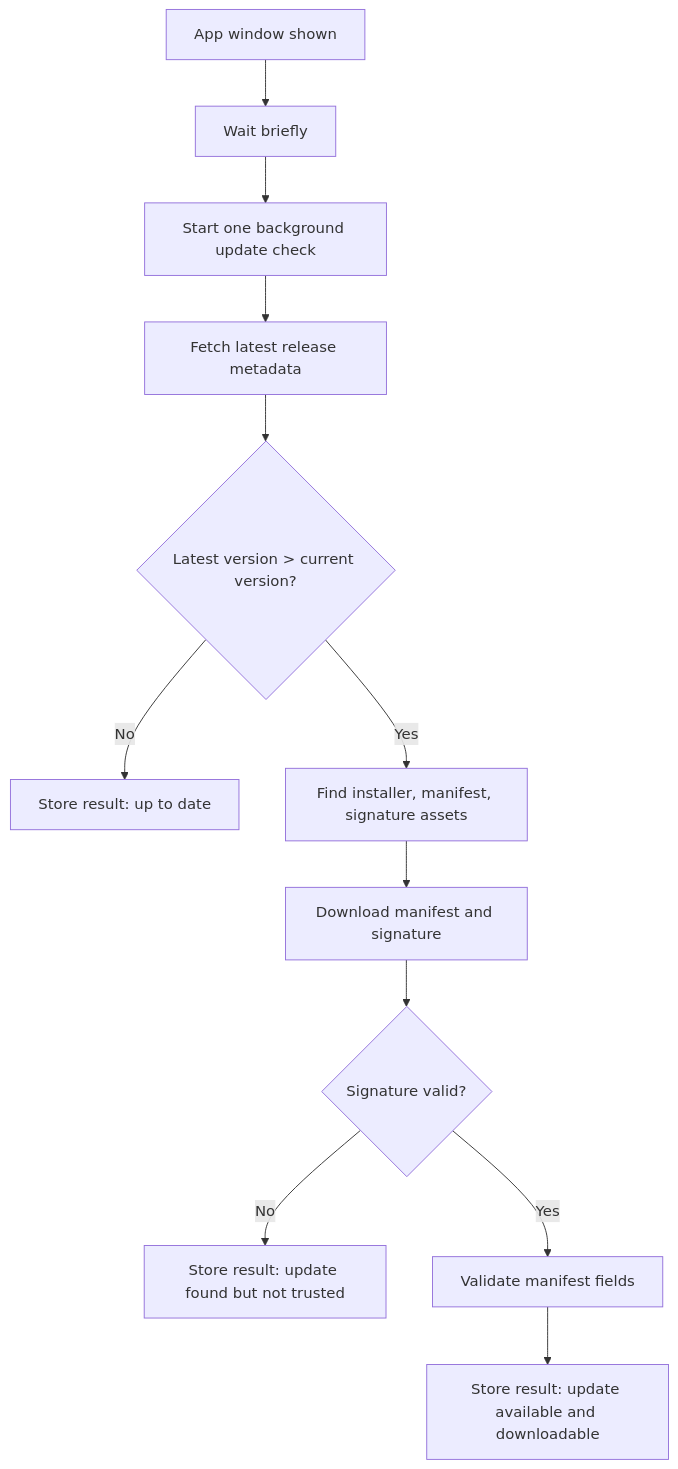
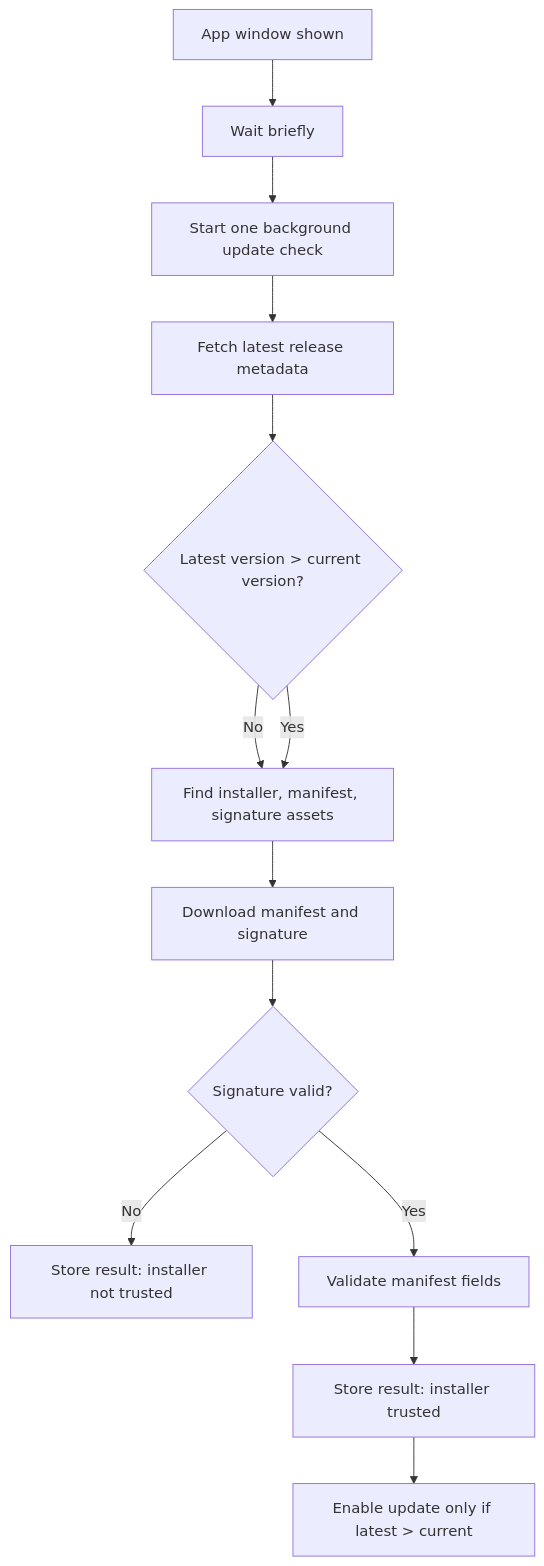
One commit to rockenrooster/FastTaskMgr changed the second of 3 diagrams in updater.md. Above: the diagram before and after it, drawn with Mermaid. The commit also changed other lines of this file and 5 other files, not shown here.

````diff
--- a/updater.md
+++ b/updater.md
@@ -65,14 +67,15 @@
 ```mermaid
 flowchart TD
     A["App window shown"] --> B["Wait briefly"]
     B --> C["Start one background update check"]
     C --> D["Fetch latest release metadata"]
     D --> E{"Latest version > current version?"}
-    E -- "No" --> F["Store result: up to date"]
-    E -- "Yes" --> G["Find installer, manifest, signature assets"]
-    G --> H["Download manifest and signature"]
-    H --> I{"Signature valid?"}
-    I -- "No" --> J["Store result: update found but not trusted"]
-    I -- "Yes" --> K["Validate manifest fields"]
-    K --> L["Store result: update available and downloadable"]
+    E -- "No" --> F["Find installer, manifest, signature assets"]
+    E -- "Yes" --> F
+    F --> G["Download manifest and signature"]
+    G --> H{"Signature valid?"}
+    H -- "No" --> I["Store result: installer not trusted"]
+    H -- "Yes" --> J["Validate manifest fields"]
+    J --> K["Store result: installer trusted"]
+    K --> L["Enable update only if latest > current"]
 ```
````
